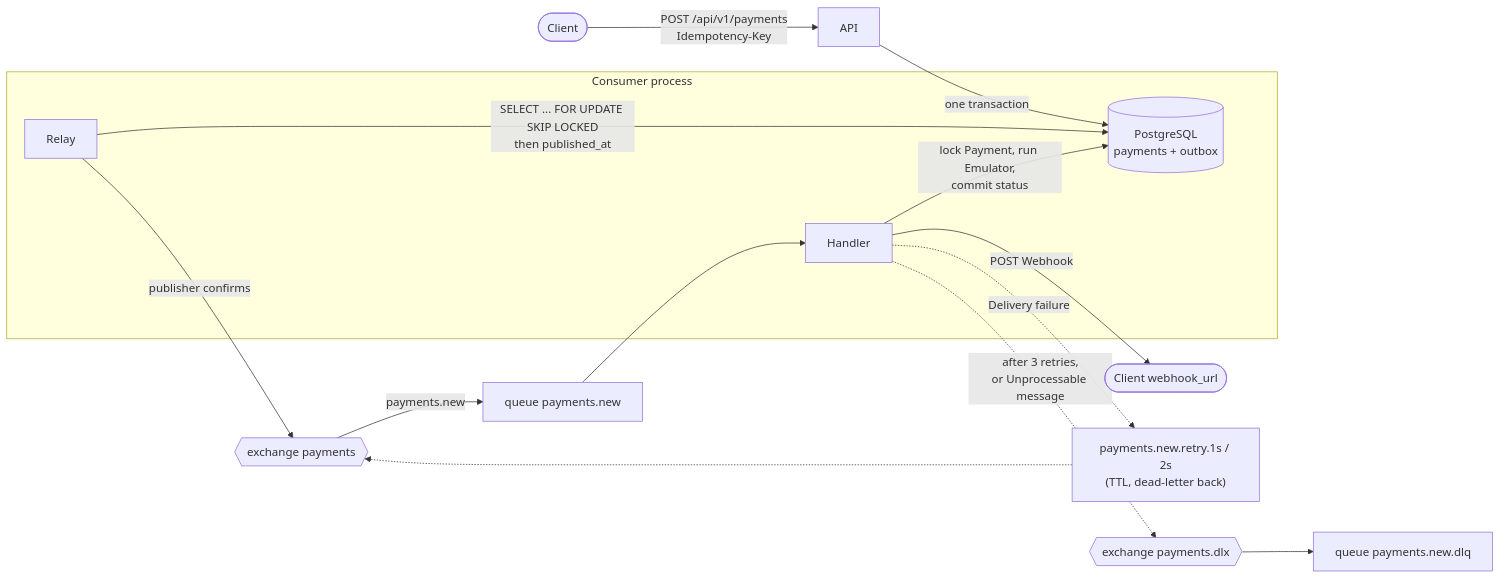
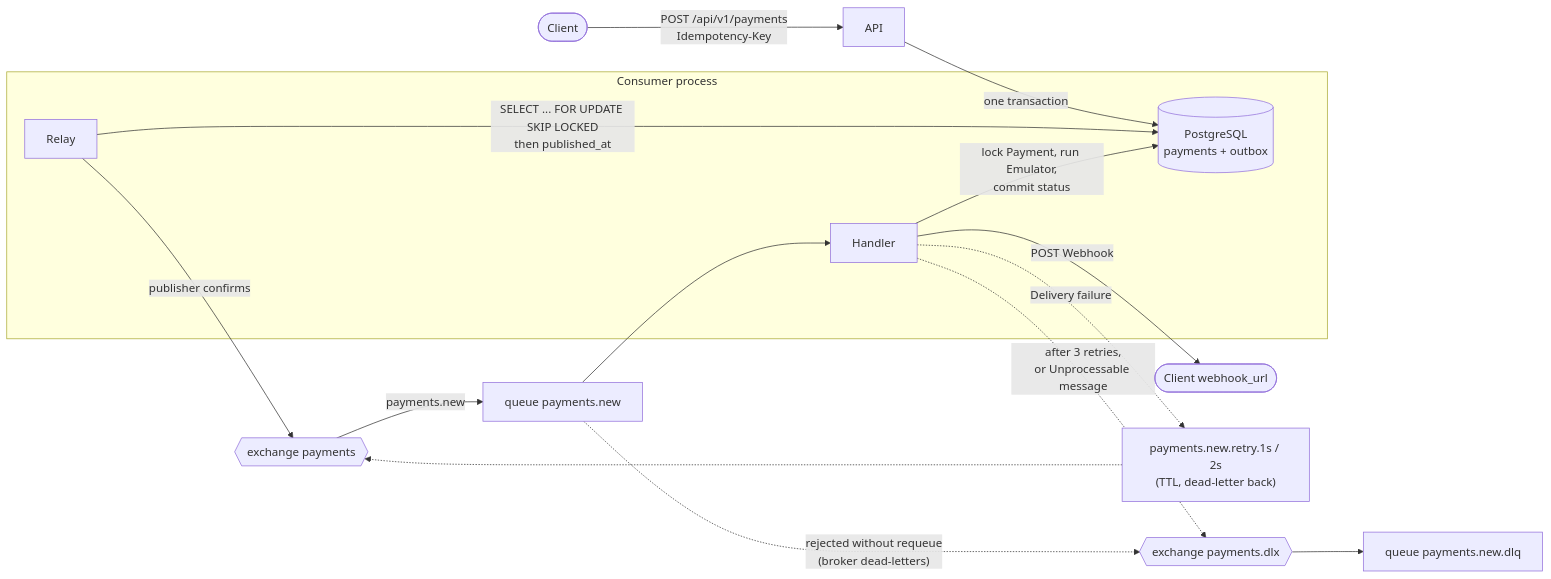
The diagram in README.md (AndreiSerov/test-proj-mccbasis), drawn with Mermaid before and after one commit. The commit also changed other lines of this file and 4 other files, not shown here.

Commit message:
Dead-letter rejected payments.new messages to the DLQ through the broker

````diff
--- a/README.md
+++ b/README.md
@@ -11,18 +11,19 @@
 ```mermaid
 flowchart LR
     Client([Client]) -->|"POST /api/v1/payments<br/>Idempotency-Key"| API
     API -->|"one transaction"| PG[("PostgreSQL<br/>payments + outbox")]
     subgraph Consumer process
         Relay -->|"SELECT ... FOR UPDATE SKIP LOCKED<br/>then published_at"| PG
         Handler
     end
     Relay -->|"publisher confirms"| EX{{"exchange payments"}}
     EX -->|payments.new| Q["queue payments.new"]
     Q --> Handler
     Handler -->|"lock Payment, run Emulator,<br/>commit status"| PG
     Handler -->|"POST Webhook"| Hook([Client webhook_url])
     Handler -.->|"Delivery failure"| R["payments.new.retry.1s / 2s<br/>(TTL, dead-letter back)"]
     R -.-> EX
     Handler -.->|"after 3 retries,<br/>or Unprocessable message"| DLX{{"exchange payments.dlx"}}
     DLX --> DLQ["queue payments.new.dlq"]
+    Q -.->|"rejected without requeue<br/>(broker dead-letters)"| DLX
 ```
````
